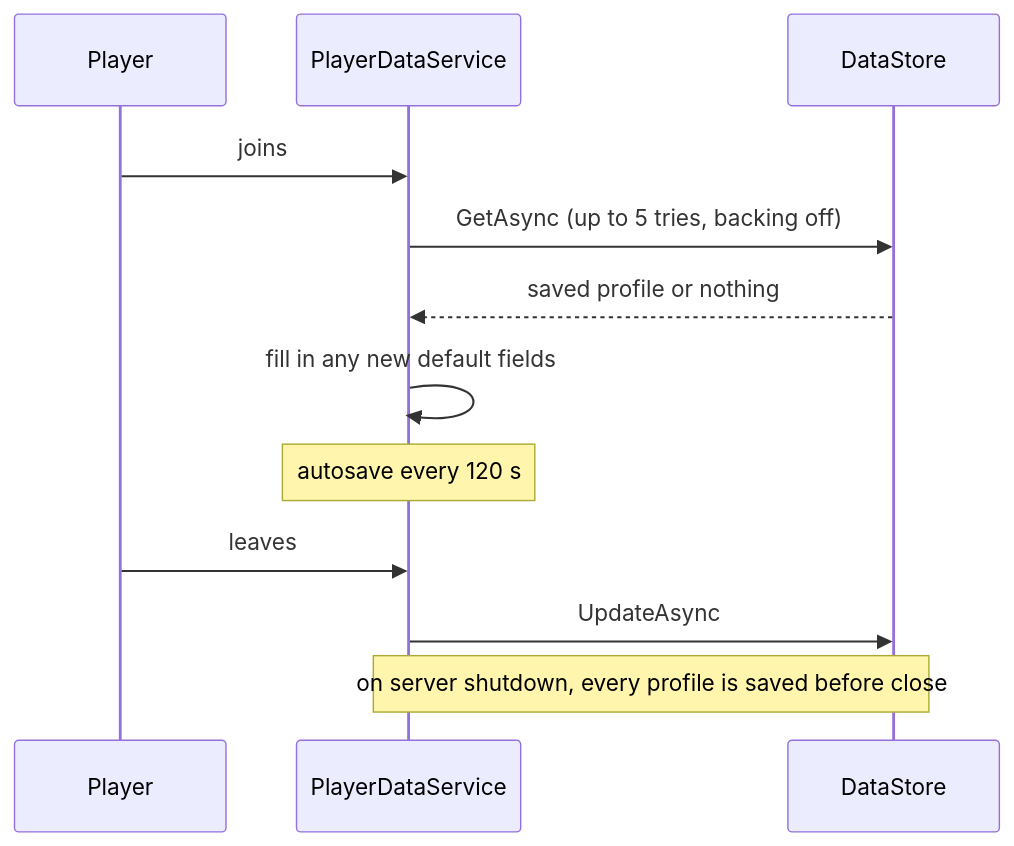
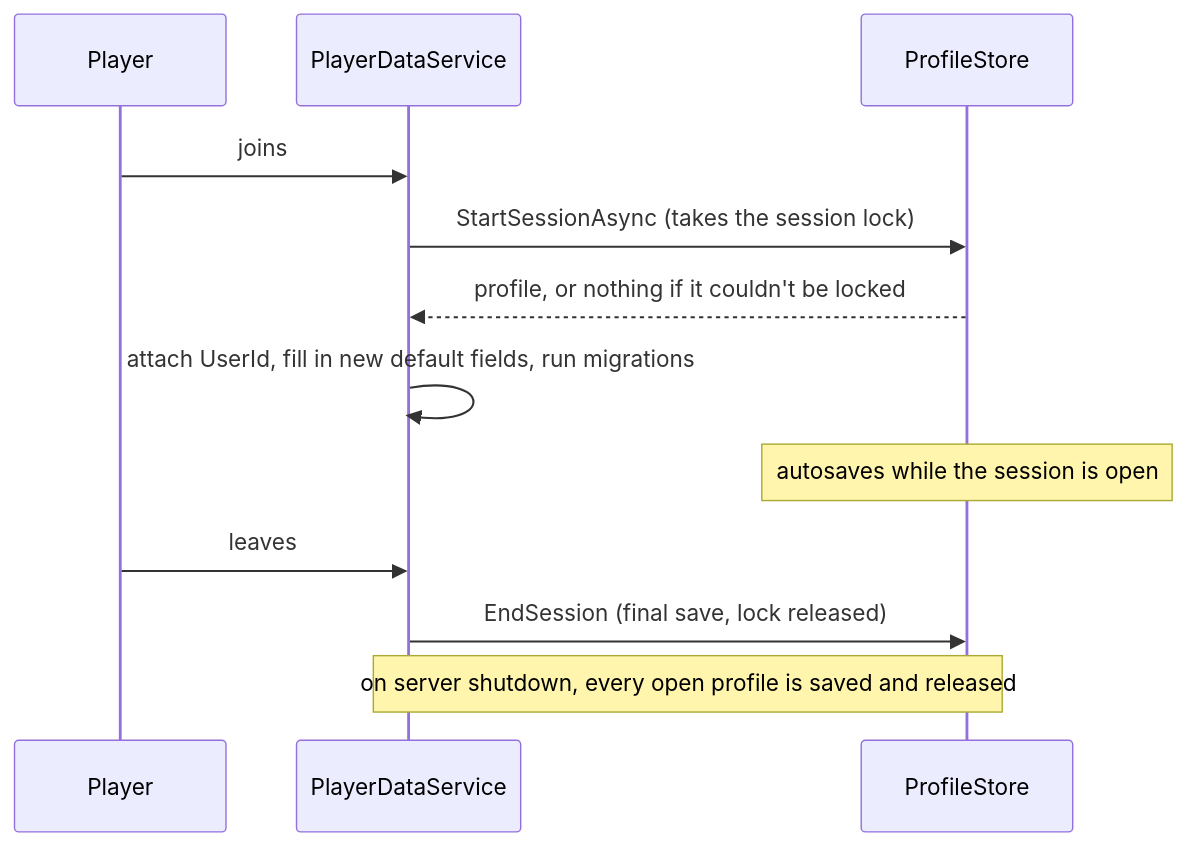
The diagram in docs/systems/player-data.md (GatTrolls/AeloriaBase), drawn with Mermaid before and after one commit. The commit also changed other lines of this file and 18 other files, not shown here.

First line of the commit message:
Add ProfileStore saves, travel pads and enemy spawns (#22)

````diff
--- a/docs/systems/player-data.md
+++ b/docs/systems/player-data.md
@@ -7,14 +11,14 @@
 ```mermaid
 sequenceDiagram
     participant P as Player
     participant S as PlayerDataService
-    participant D as DataStore
+    participant D as ProfileStore
     P->>S: joins
-    S->>D: GetAsync (up to 5 tries, backing off)
-    D-->>S: saved profile or nothing
-    S->>S: fill in any new default fields
-    Note over S: autosave every 120 s
+    S->>D: StartSessionAsync (takes the session lock)
+    D-->>S: profile, or nothing if it couldn't be locked
+    S->>S: attach UserId, fill in new default fields, run migrations
+    Note over D: autosaves while the session is open
     P->>S: leaves
-    S->>D: UpdateAsync
-    Note over S,D: on server shutdown, every profile is saved before close
+    S->>D: EndSession (final save, lock released)
+    Note over S,D: on server shutdown, every open profile is saved and released
 ```
````
